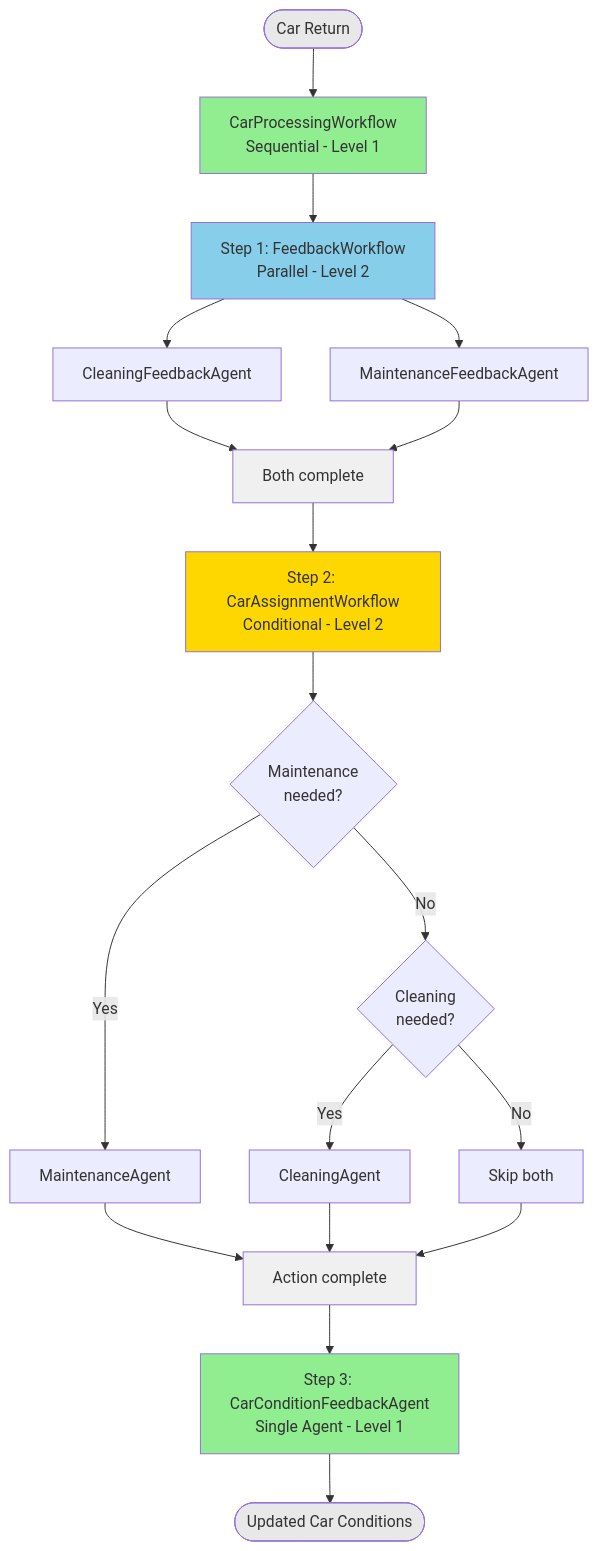
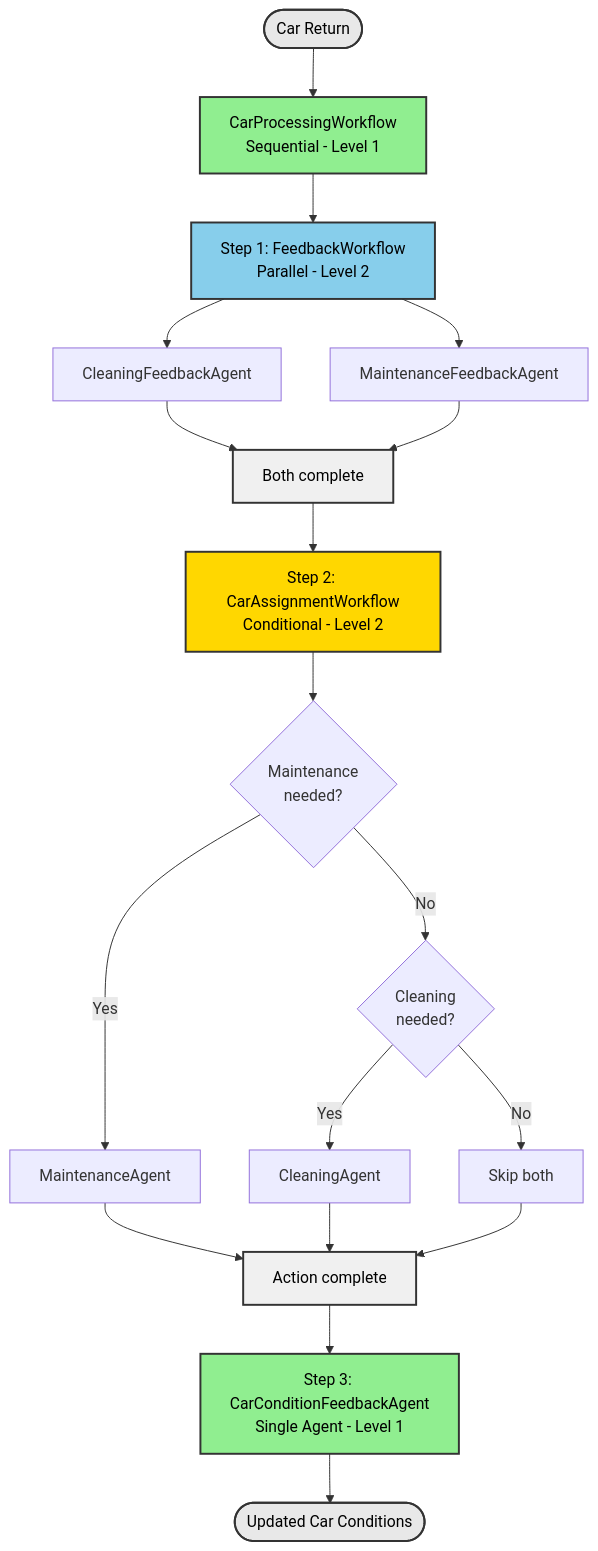
One commit to quarkusio/quarkus-workshop-langchain4j changed the third of 6 diagrams in docs/docs/section-2/step-03.md. Above: the diagram before and after it, drawn with Mermaid. The commit also changed other lines of this file and 6 other files, not shown here.

Commit message:
update docs for better flow, and fix diagrams (#301)

````diff
--- a/docs/docs/section-2/step-03.md
+++ b/docs/docs/section-2/step-03.md
@@ -115,32 +115,32 @@
 ```mermaid
 graph TB
-    Start([Car Return]) --> A[CarProcessingWorkflow<br/>Sequential - Level 1]
+    Start(["Car Return"]) --> A["CarProcessingWorkflow<br/>Sequential - Level 1"]
     
-    A --> B[Step 1: FeedbackWorkflow<br/>Parallel - Level 2]
-    B --> B1[CleaningFeedbackAgent]
-    B --> B2[MaintenanceFeedbackAgent]
-    B1 --> BEnd[Both complete]
+    A --> B["Step 1: FeedbackWorkflow<br/>Parallel - Level 2"]
+    B --> B1["CleaningFeedbackAgent"]
+    B --> B2["MaintenanceFeedbackAgent"]
+    B1 --> BEnd["Both complete"]
     B2 --> BEnd
     
-    BEnd --> C[Step 2: CarAssignmentWorkflow<br/>Conditional - Level 2]
-    C --> C1{Maintenance<br/>needed?}
-    C1 -->|Yes| C2[MaintenanceAgent]
-    C1 -->|No| C3{Cleaning<br/>needed?}
-    C3 -->|Yes| C4[CleaningAgent]
-    C3 -->|No| C5[Skip both]
-    C2 --> CEnd[Action complete]
+    BEnd --> C["Step 2: CarAssignmentWorkflow<br/>Conditional - Level 2"]
+    C --> C1{"Maintenance<br/>needed?"}
+    C1 -->|Yes| C2["MaintenanceAgent"]
+    C1 -->|No| C3{"Cleaning<br/>needed?"}
+    C3 -->|Yes| C4["CleaningAgent"]
+    C3 -->|No| C5["Skip both"]
+    C2 --> CEnd["Action complete"]
     C4 --> CEnd
     C5 --> CEnd
     
-    CEnd --> D[Step 3: CarConditionFeedbackAgent<br/>Single Agent - Level 1]
-    D --> End([Updated Car Conditions])
+    CEnd --> D["Step 3: CarConditionFeedbackAgent<br/>Single Agent - Level 1"]
+    D --> End(["Updated Car Conditions"])
     
-    style A fill:#90EE90
-    style B fill:#87CEEB
-    style C fill:#FFD700
-    style D fill:#90EE90
-    style Start fill:#E8E8E8
-    style End fill:#E8E8E8
-    style BEnd fill:#F0F0F0
-    style CEnd fill:#F0F0F0
+    style A fill:#90EE90,stroke:#333,stroke-width:2,color:#000
+    style B fill:#87CEEB,stroke:#333,stroke-width:2,color:#000
+    style C fill:#FFD700,stroke:#333,stroke-width:2,color:#000
+    style D fill:#90EE90,stroke:#333,stroke-width:2,color:#000
+    style Start fill:#E8E8E8,stroke:#333,stroke-width:2,color:#000
+    style End fill:#E8E8E8,stroke:#333,stroke-width:2,color:#000
+    style BEnd fill:#F0F0F0,stroke:#333,stroke-width:2,color:#000
+    style CEnd fill:#F0F0F0,stroke:#333,stroke-width:2,color:#000
 ```
````
